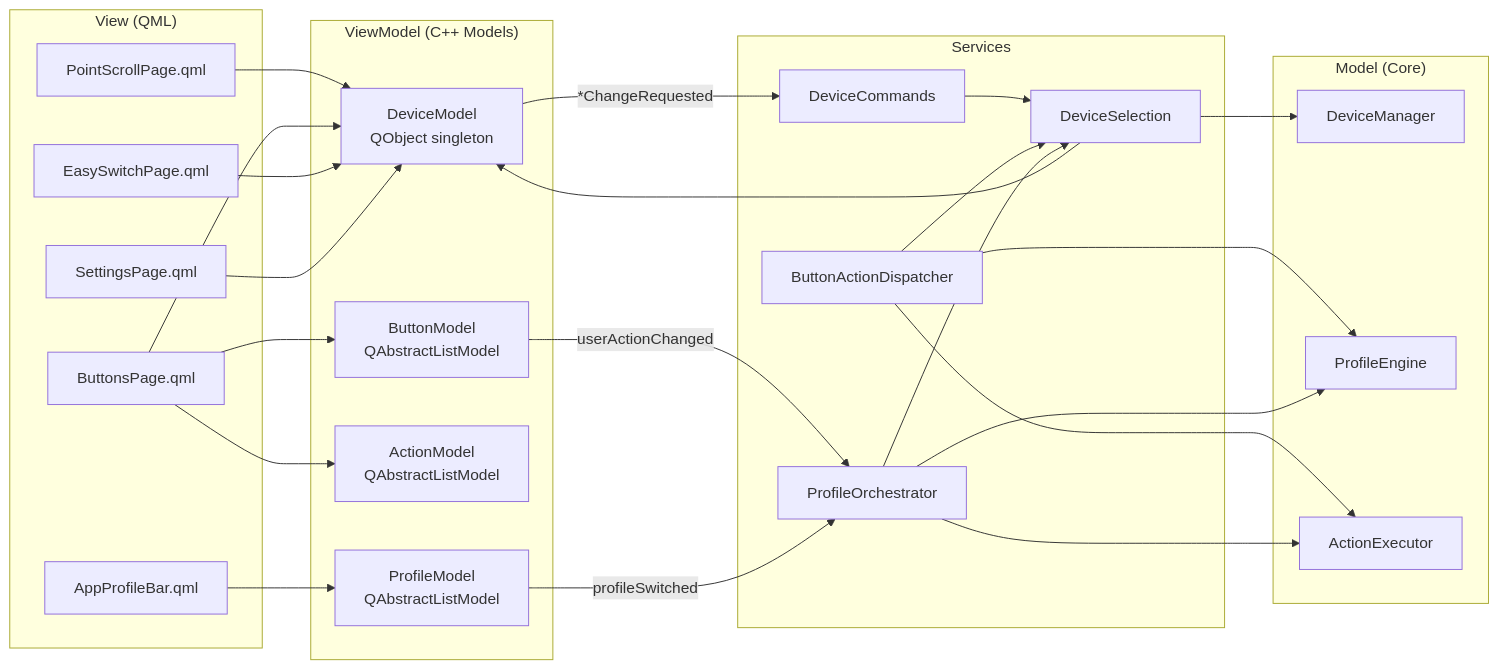
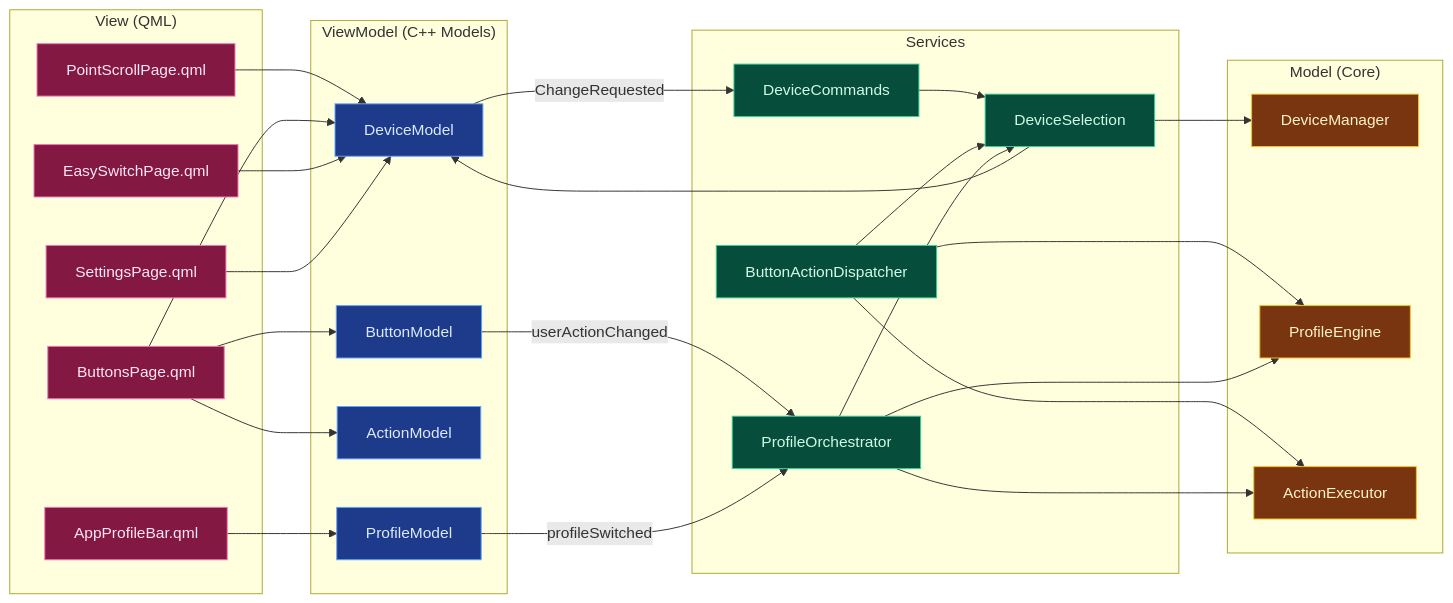
Before and after one commit to mmaher88/logitune: the seventh of 15 diagrams in docs/wiki/Architecture.md, drawn with Mermaid.

Commit message:
docs(wiki): color the MVVM diagram layers for readability
Pink for View, blue for ViewModel, green for Services, orange for core
Model. Matches the palette used in docs/wiki/diagrams/system-overview.svg
so readers can cross-reference the two diagrams.

Part of #107.

````diff
--- a/docs/wiki/Architecture.md
+++ b/docs/wiki/Architecture.md
@@ -355,51 +355,61 @@
 ```mermaid
 graph LR
     subgraph "View (QML)"
         PointScroll[PointScrollPage.qml]
         Buttons[ButtonsPage.qml]
         EasySwitch[EasySwitchPage.qml]
         Settings[SettingsPage.qml]
         ProfileBar[AppProfileBar.qml]
     end
 
     subgraph "ViewModel (C++ Models)"
-        DM[DeviceModel<br/>QObject singleton]
-        BM[ButtonModel<br/>QAbstractListModel]
-        AM[ActionModel<br/>QAbstractListModel]
-        PM[ProfileModel<br/>QAbstractListModel]
+        DM[DeviceModel]
+        BM[ButtonModel]
+        AM[ActionModel]
+        PM[ProfileModel]
     end
 
     subgraph "Services"
         DSel[DeviceSelection]
         DCmd[DeviceCommands]
         BAD[ButtonActionDispatcher]
         PO[ProfileOrchestrator]
     end
 
     subgraph "Model (Core)"
         DMgr[DeviceManager]
         PE[ProfileEngine]
         AE[ActionExecutor]
     end
 
     PointScroll --> DM
     Buttons --> BM
     Buttons --> AM
     Buttons --> DM
     EasySwitch --> DM
     Settings --> DM
     ProfileBar --> PM
 
-    DM -->|*ChangeRequested| DCmd
+    DM -->|ChangeRequested| DCmd
     BM -->|userActionChanged| PO
     PM -->|profileSwitched| PO
     DSel --> DM
     DSel --> DMgr
     DCmd --> DSel
     BAD --> DSel
     BAD --> PE
     BAD --> AE
     PO --> DSel
     PO --> PE
     PO --> AE
+
+    classDef view fill:#831843,stroke:#f472b6,color:#fce7f3
+    classDef vm fill:#1e3a8a,stroke:#60a5fa,color:#dbeafe
+    classDef service fill:#064e3b,stroke:#34d399,color:#d1fae5
+    classDef core fill:#78350f,stroke:#fbbf24,color:#fef3c7
+
+    class PointScroll,Buttons,EasySwitch,Settings,ProfileBar view
+    class DM,BM,AM,PM vm
+    class DSel,DCmd,BAD,PO service
+    class DMgr,PE,AE core
 ```
````
